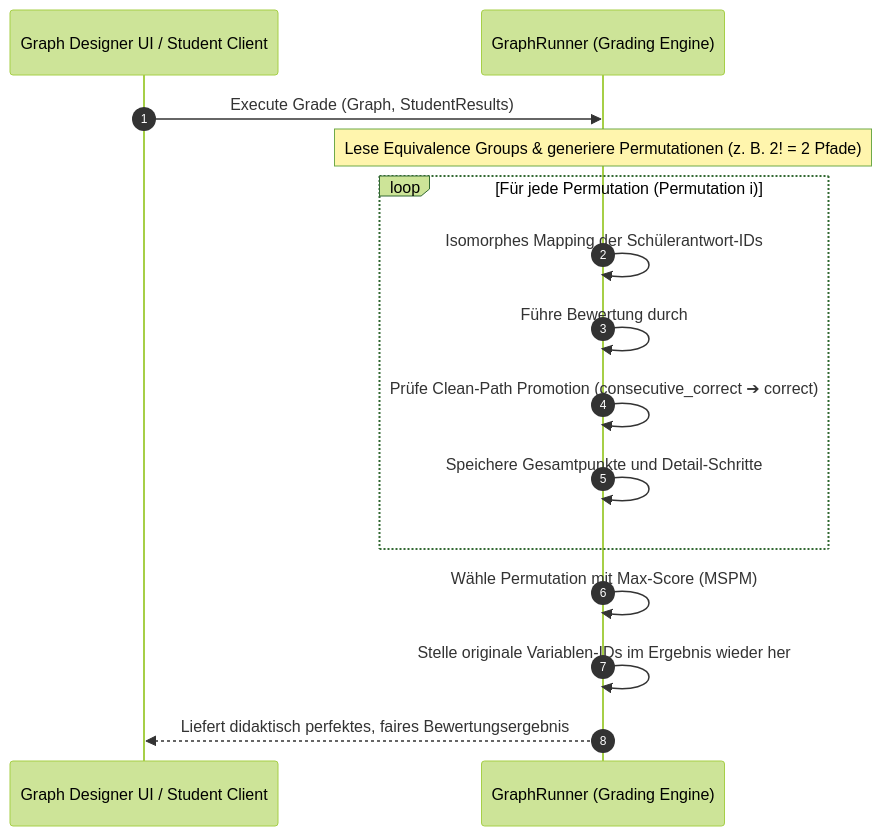
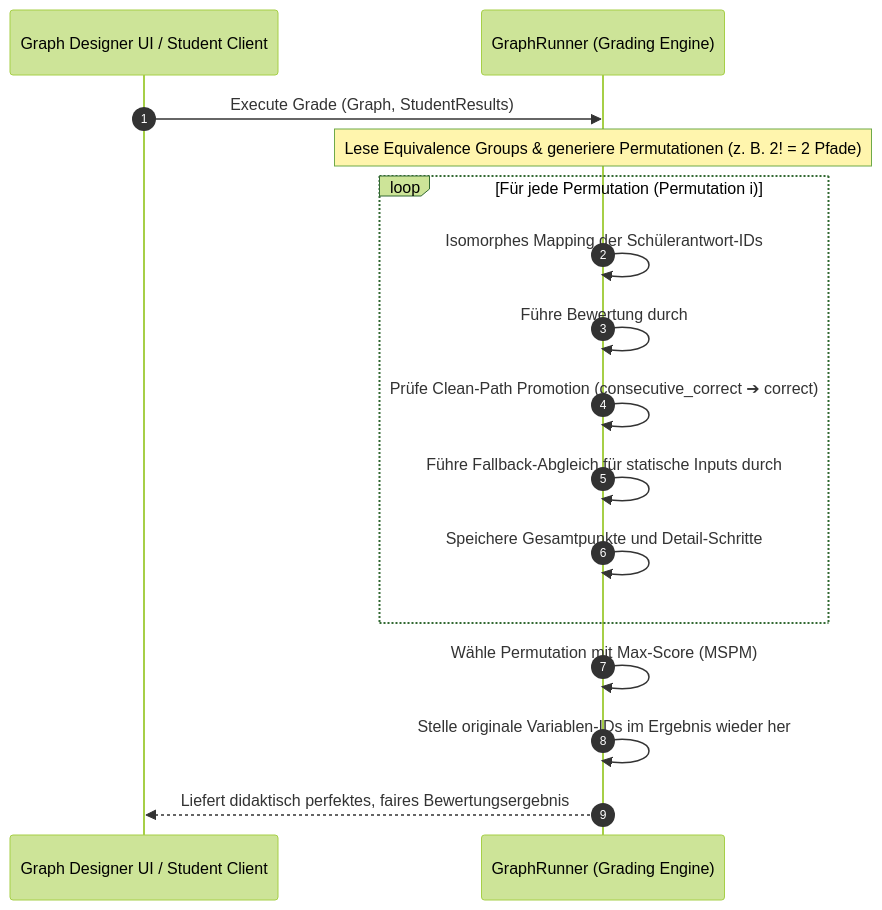
The diagram in docs/concepts/automated-graph-validation.md (koreki-org/koreki), drawn with Mermaid (forest theme) before and after one commit. The commit also changed other lines of this file and 19 other files, not shown here.

Commit message:
feat(grading): implement zero-latency custom skill auto-save and sync bridge, and didactical input symmetry fallback in GraphRunner

````diff
--- a/docs/concepts/automated-graph-validation.md
+++ b/docs/concepts/automated-graph-validation.md
@@ -43,20 +47,21 @@
 ```mermaid
 sequenceDiagram
     autonumber
     participant Client as Graph Designer UI / Student Client
     participant Runner as GraphRunner (Grading Engine)
     
     Client->>Runner: Execute Grade (Graph, StudentResults)
     Note over Runner: Lese Equivalence Groups & generiere Permutationen (z. B. 2! = 2 Pfade)
     
     loop Für jede Permutation (Permutation i)
         Runner->>Runner: Isomorphes Mapping der Schülerantwort-IDs
         Runner->>Runner: Führe Bewertung durch
         Runner->>Runner: Prüfe Clean-Path Promotion (consecutive_correct ➔ correct)
+        Runner->>Runner: Führe Fallback-Abgleich für statische Inputs durch
         Runner->>Runner: Speichere Gesamtpunkte und Detail-Schritte
     end
     
     Runner->>Runner: Wähle Permutation mit Max-Score (MSPM)
     Runner->>Runner: Stelle originale Variablen-IDs im Ergebnis wieder her
     Runner-->>Client: Liefert didaktisch perfektes, faires Bewertungsergebnis
 ```
````
